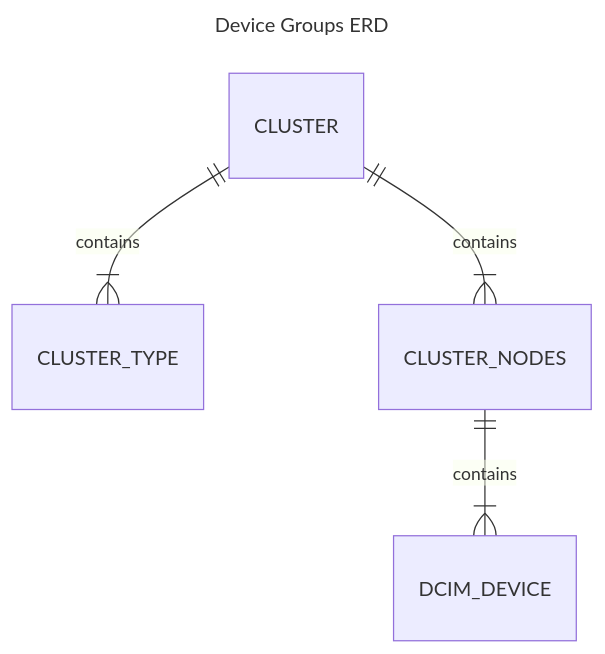
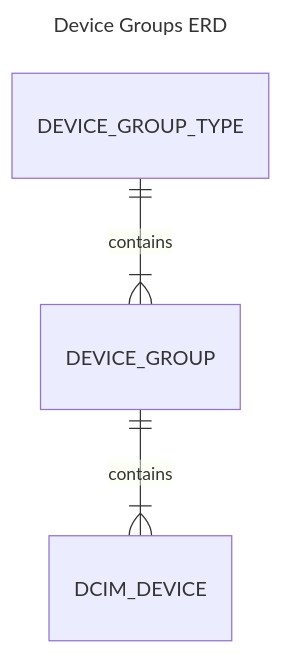
Before and after one commit to sapcc/netbox-device-groups: the diagram in docs/dev/design.md, drawn with Mermaid. The commit also changed other lines of this file and 38 other files, not shown here.

First line of the commit message:
NIA-248 #  Complete Rebranding of DeviceGroup plugin (#18)

````diff
--- a/docs/dev/design.md
+++ b/docs/dev/design.md
@@ -36,9 +36,8 @@
 ```mermaid
 ---
 title: Device Groups ERD
 ---
 erDiagram
-    CLUSTER ||--|{ CLUSTER_TYPE : contains
-    CLUSTER ||--|{ CLUSTER_NODES : contains
-    CLUSTER_NODES ||--|{ DCIM_DEVICE : contains
+    DEVICE_GROUP_TYPE ||--|{ DEVICE_GROUP : contains
+    DEVICE_GROUP ||--|{ DCIM_DEVICE : contains
 ```
````
